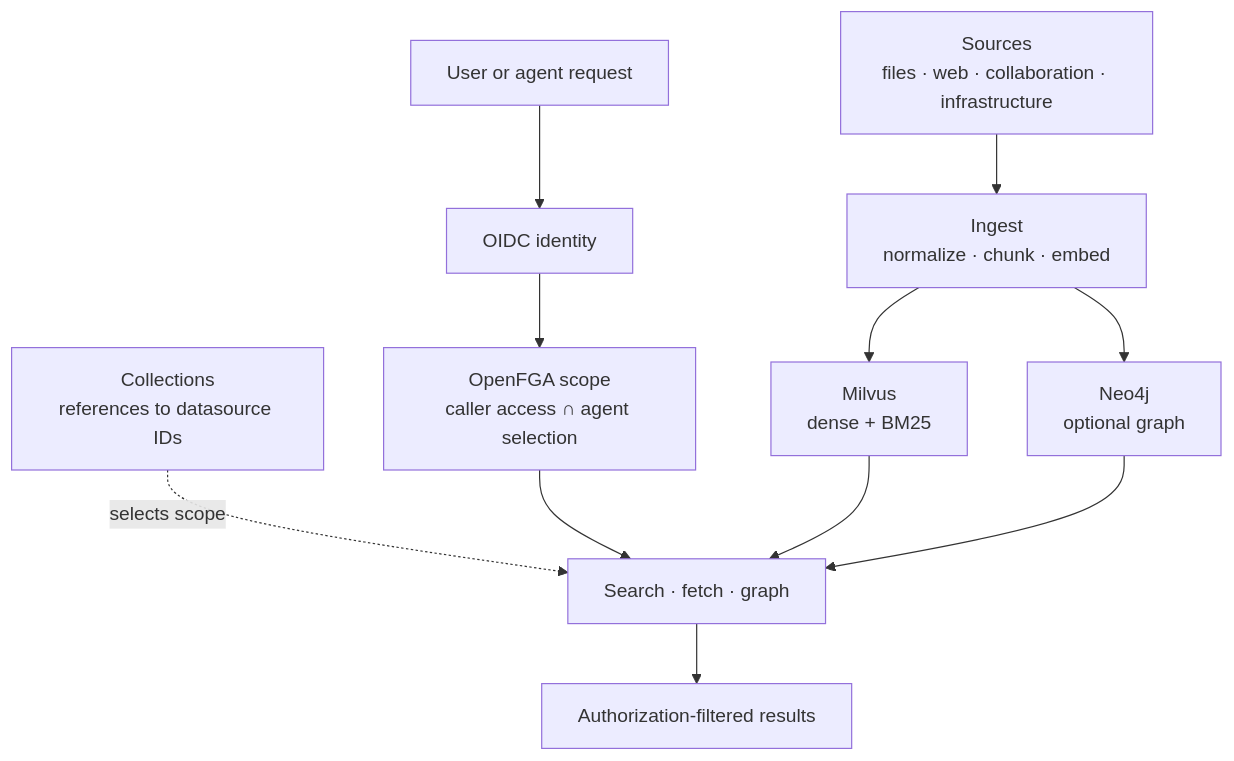
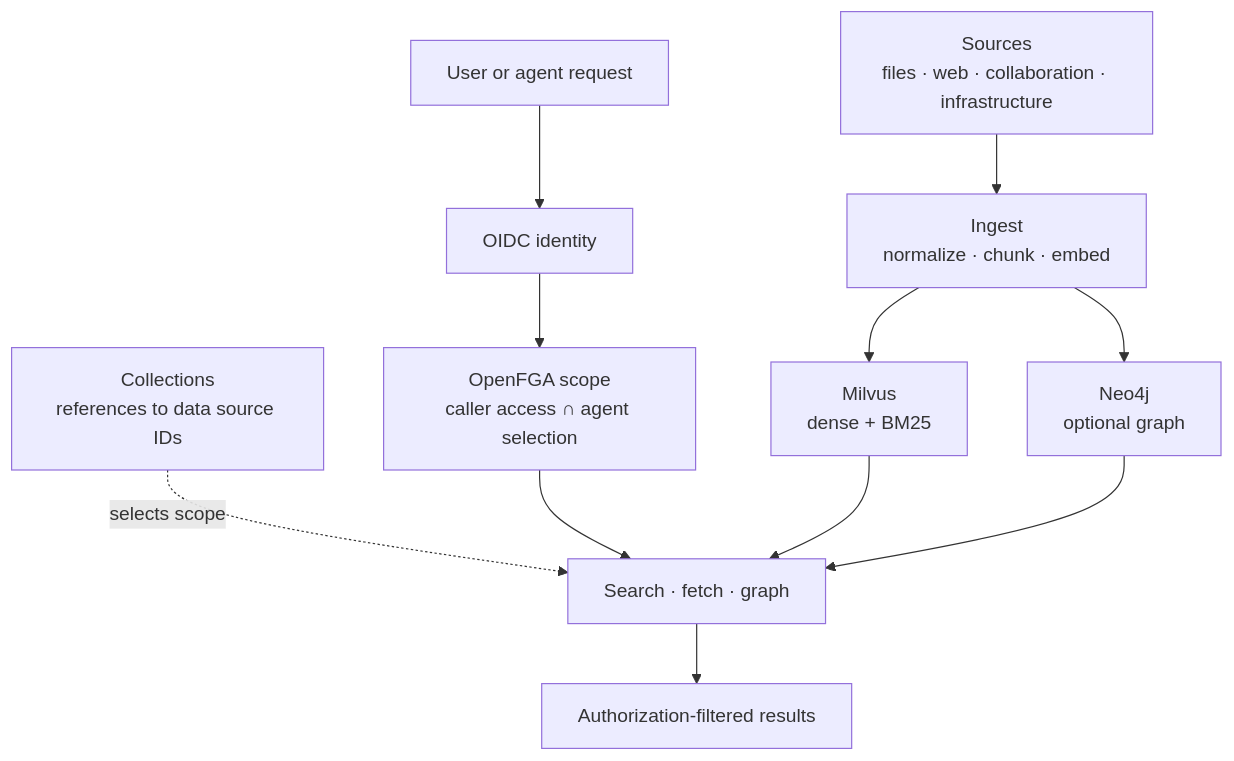
One commit to cnoe-io/ai-platform-engineering changed the diagram in docs/docs/knowledge_bases/index.md. Above: the diagram before and after it, drawn with Mermaid. The commit also changed other lines of this file and 6 other files, not shown here.

````diff
--- a/docs/docs/knowledge_bases/index.md
+++ b/docs/docs/knowledge_bases/index.md
@@ -9,22 +13,22 @@
 ```mermaid
 flowchart TB
   S["Sources<br/>files · web · collaboration · infrastructure"]
   I["Ingest<br/>normalize · chunk · embed"]
   V["Milvus<br/>dense + BM25"]
   N["Neo4j<br/>optional graph"]
-  C["Collections<br/>references to datasource IDs"]
+  C["Collections<br/>references to data source IDs"]
   U["User or agent request"]
   A["OIDC identity"]
   X["OpenFGA scope<br/>caller access ∩ agent selection"]
   Q["Search · fetch · graph"]
   R["Authorization-filtered results"]
 
   S --> I
   I --> V
   I --> N
   C -. "selects scope" .-> Q
   U --> A --> X --> Q
   V --> Q
   N --> Q
   Q --> R
 ```
````
